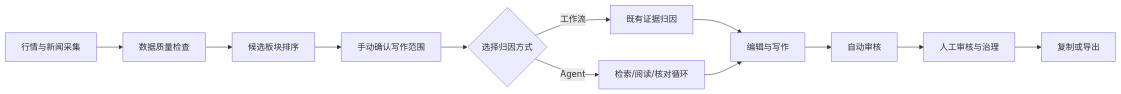
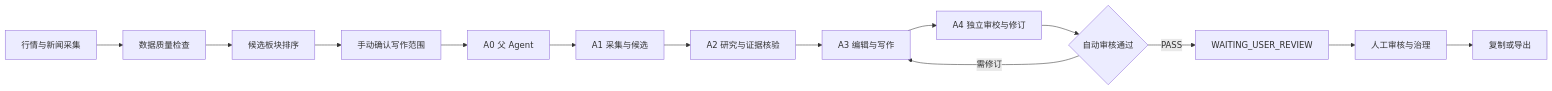
One commit to zrhm666/SectorPulse changed the diagram in README.md. Above: the diagram before and after it, drawn with Mermaid. The commit also changed other lines of this file and 261 other files, not shown here.

````diff
--- a/README.md
+++ b/README.md
@@ -55,14 +63,16 @@
 ```mermaid
 flowchart LR
     A[行情与新闻采集] --> B[数据质量检查]
     B --> C[候选板块排序]
     C --> D[手动确认写作范围]
-    D --> E{选择归因方式}
-    E -->|工作流| F[既有证据归因]
-    E -->|Agent| G[检索/阅读/核对循环]
-    F --> H[编辑与写作]
-    G --> H
-    H --> I[自动审核]
-    I --> J[人工审核与治理]
-    J --> K[复制或导出]
+    D --> E[A0 父 Agent]
+    E --> F[A1 采集与候选]
+    F --> G[A2 研究与证据核验]
+    G --> H[A3 编辑与写作]
+    H --> I[A4 独立审校与修订]
+    I --> J{自动审核通过}
+    J -->|PASS| K[WAITING_USER_REVIEW]
+    J -->|需修订| H
+    K --> L[人工审核与治理]
+    L --> M[复制或导出]
 ```
````
